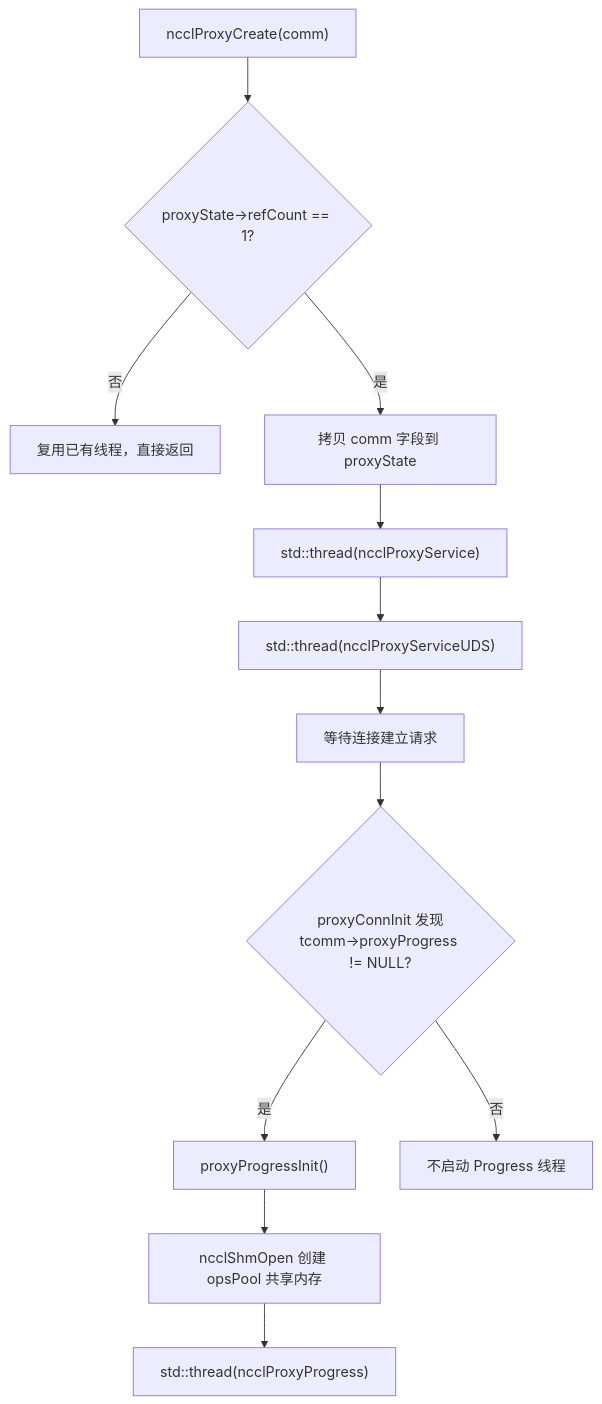
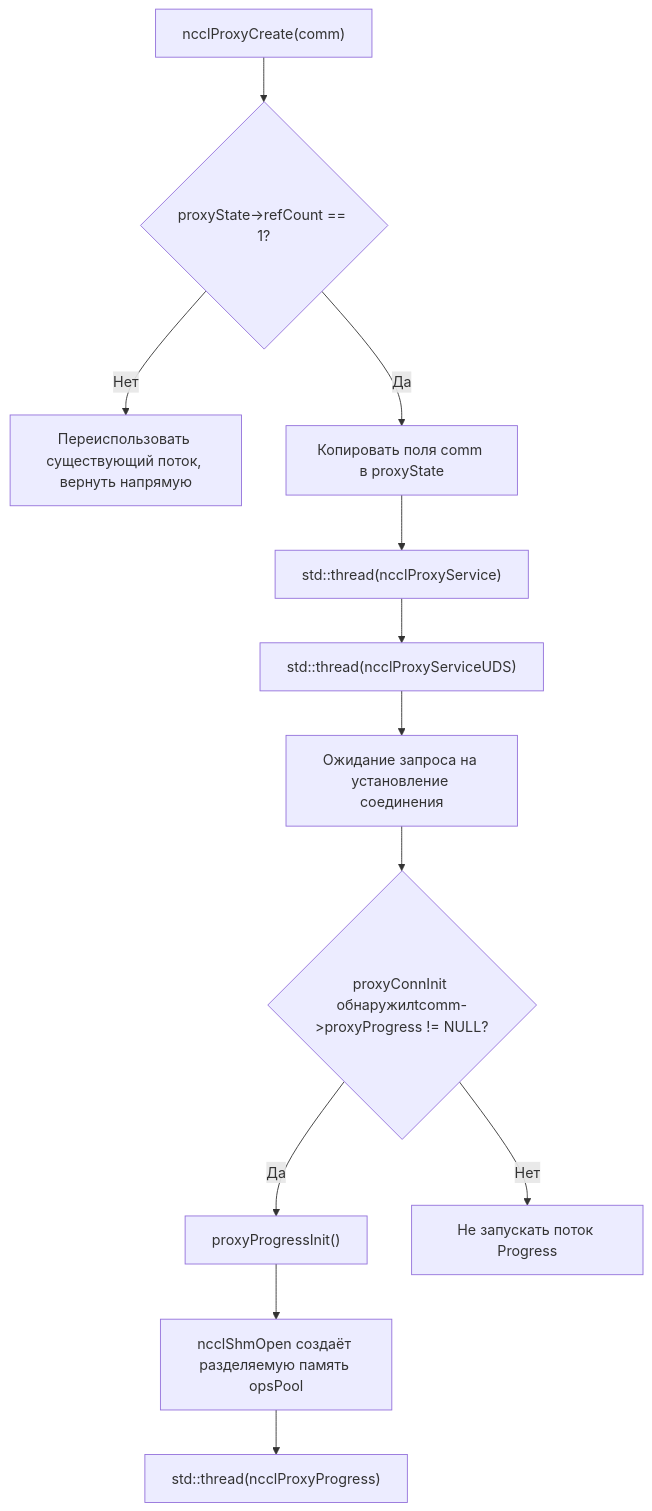
One commit to maleRjc/AiReadCodeBooks changed the first of 3 diagrams in books/nccl/ru/12-proxy-threads-async-io-scheduler.md. Above: the diagram before and after it, drawn with Mermaid. The commit also changed other lines of this file and 74 other files, not shown here.

````diff
--- a/books/nccl/ru/12-proxy-threads-async-io-scheduler.md
+++ b/books/nccl/ru/12-proxy-threads-async-io-scheduler.md
@@ -29,14 +29,14 @@
 ```mermaid
 flowchart TD
     create["ncclProxyCreate(comm)"] --> check_ref{"proxyState->refCount == 1?"}
-    check_ref -->|否| skip["复用已有线程，直接返回"]
-    check_ref -->|是| copy["拷贝 comm 字段到 proxyState"]
+    check_ref -->|Нет| skip["Переиспользовать существующий поток, вернуть напрямую"]
+    check_ref -->|Да| copy["Копировать поля comm в proxyState"]
     copy --> start_svc["std::thread(ncclProxyService)"]
     start_svc --> start_uds["std::thread(ncclProxyServiceUDS)"]
-    start_uds --> wait["等待连接建立请求"]
-    wait --> conn_init{"proxyConnInit 发现tcomm->proxyProgress != NULL?"}
-    conn_init -->|是| prog_init["proxyProgressInit()"]
-    conn_init -->|否| no_prog["不启动 Progress 线程"]
-    prog_init --> shm["ncclShmOpen 创建 opsPool 共享内存"]
+    start_uds --> wait["Ожидание запроса на установление соединения"]
+    wait --> conn_init{"proxyConnInit обнаружилtcomm->proxyProgress != NULL?"}
+    conn_init -->|Да| prog_init["proxyProgressInit()"]
+    conn_init -->|Нет| no_prog["Не запускать поток Progress"]
+    prog_init --> shm["ncclShmOpen создаёт разделяемую память opsPool"]
     shm --> start_prog["std::thread(ncclProxyProgress)"]
 ```
````
